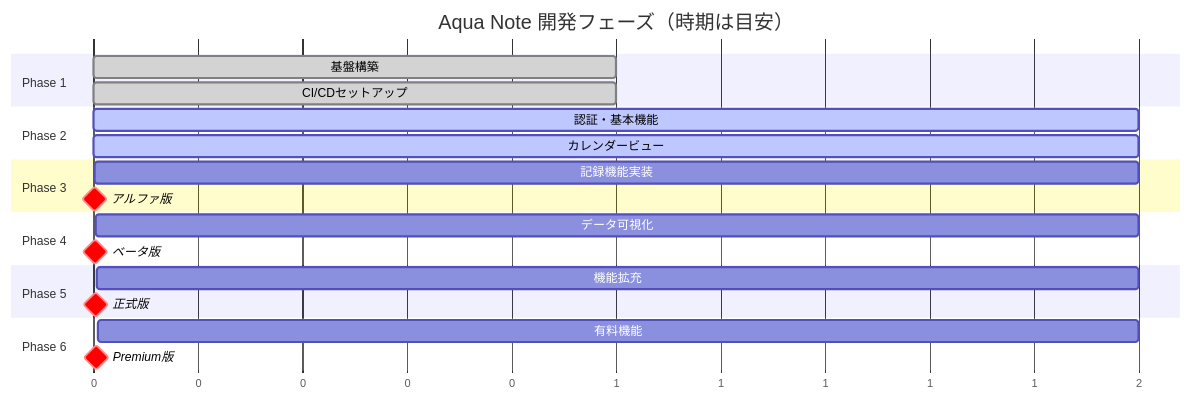
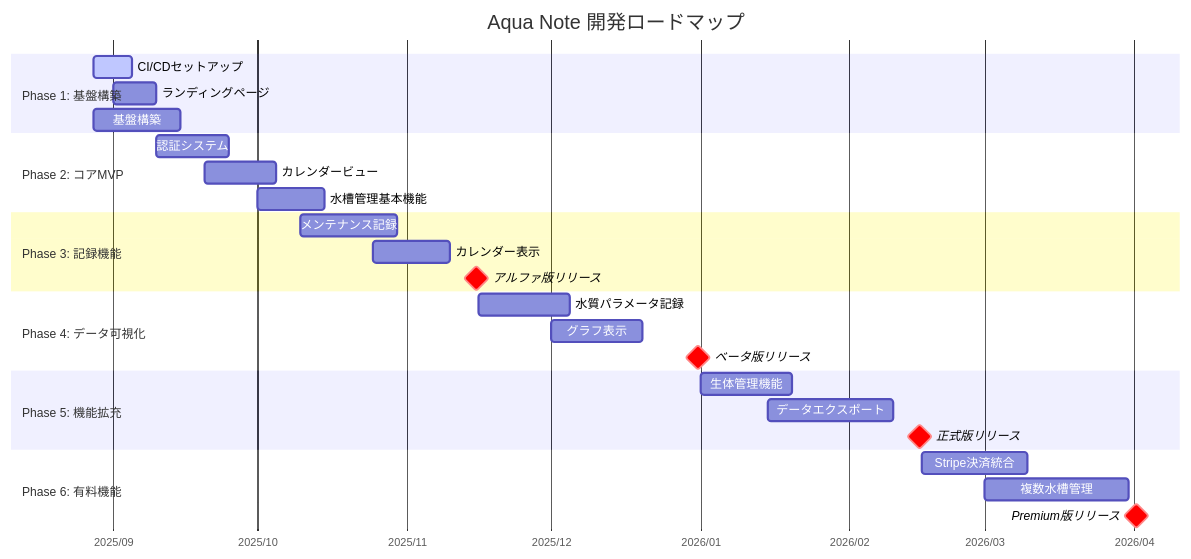
The first of 2 diagrams in docs/Roadmap.md (shin-sforzando/aqua-note), drawn with Mermaid before and after one commit. The commit also changed other lines of this file and 2 other files, not shown here.

Commit message:
docs: :notebook: Update development roadmap with detailed phases and timelines

````diff
--- a/docs/Roadmap.md
+++ b/docs/Roadmap.md
@@ -5,30 +5,36 @@
 ```mermaid
 gantt
-    title Aqua Note 開発フェーズ（時期は目安）
-    dateFormat X
-    axisFormat %s
+    title Aqua Note 開発ロードマップ
+    dateFormat YYYY-MM-DD
+    axisFormat %Y/%m
 
-    section Phase 1
-    基盤構築           :done,    p1, 0, 1
-    CI/CDセットアップ   :done,    p1a, 0, 1
+    section Phase 1: 基盤構築
+    CI/CDセットアップ        :active,  p1a, 2025-08-28, 2025-09-05
+    ランディングページ      :         p1b, 2025-09-01, 2025-09-10
+    基盤構築                :         p1,  2025-08-28, 2025-09-15
 
-    section Phase 2
-    認証・基本機能      :active,  p2, 1, 2
-    カレンダービュー    :active,  p2a, 1, 2
+    section Phase 2: コアMVP
+    認証システム            :         p2,  2025-09-10, 2025-09-25
+    カレンダービュー        :         p2a, 2025-09-20, 2025-10-05
+    水槽管理基本機能        :         p2b, 2025-10-01, 2025-10-15
 
-    section Phase 3
-    記録機能実装       :         p3, 3, 2
-    アルファ版         :crit,    milestone, 5, 0
+    section Phase 3: 記録機能
+    メンテナンス記録        :         p3,  2025-10-10, 2025-10-30
+    カレンダー表示          :         p3a, 2025-10-25, 2025-11-10
+    アルファ版リリース      :crit,    milestone, 2025-11-15, 1d
 
-    section Phase 4
-    データ可視化       :         p4, 5, 2
-    ベータ版          :crit,    milestone, 7, 0
+    section Phase 4: データ可視化
+    水質パラメータ記録      :         p4,  2025-11-16, 2025-12-05
+    グラフ表示             :         p4a, 2025-12-01, 2025-12-20
+    ベータ版リリース        :crit,    milestone, 2025-12-31, 1d
 
-    section Phase 5
-    機能拡充          :         p5, 7, 2
-    正式版            :crit,    milestone, 9, 0
+    section Phase 5: 機能拡充
+    生体管理機能           :         p5,  2026-01-01, 2026-01-20
+    データエクスポート      :         p5a, 2026-01-15, 2026-02-10
+    正式版リリース         :crit,    milestone, 2026-02-15, 1d
 
-    section Phase 6
-    有料機能          :         p6, 9, 2
-    Premium版         :crit,    milestone, 11, 0
+    section Phase 6: 有料機能
+    Stripe決済統合         :         p6,  2026-02-16, 2026-03-10
+    複数水槽管理           :         p6a, 2026-03-01, 2026-03-31
+    Premium版リリース      :crit,    milestone, 2026-04-01, 1d
 ```
````
